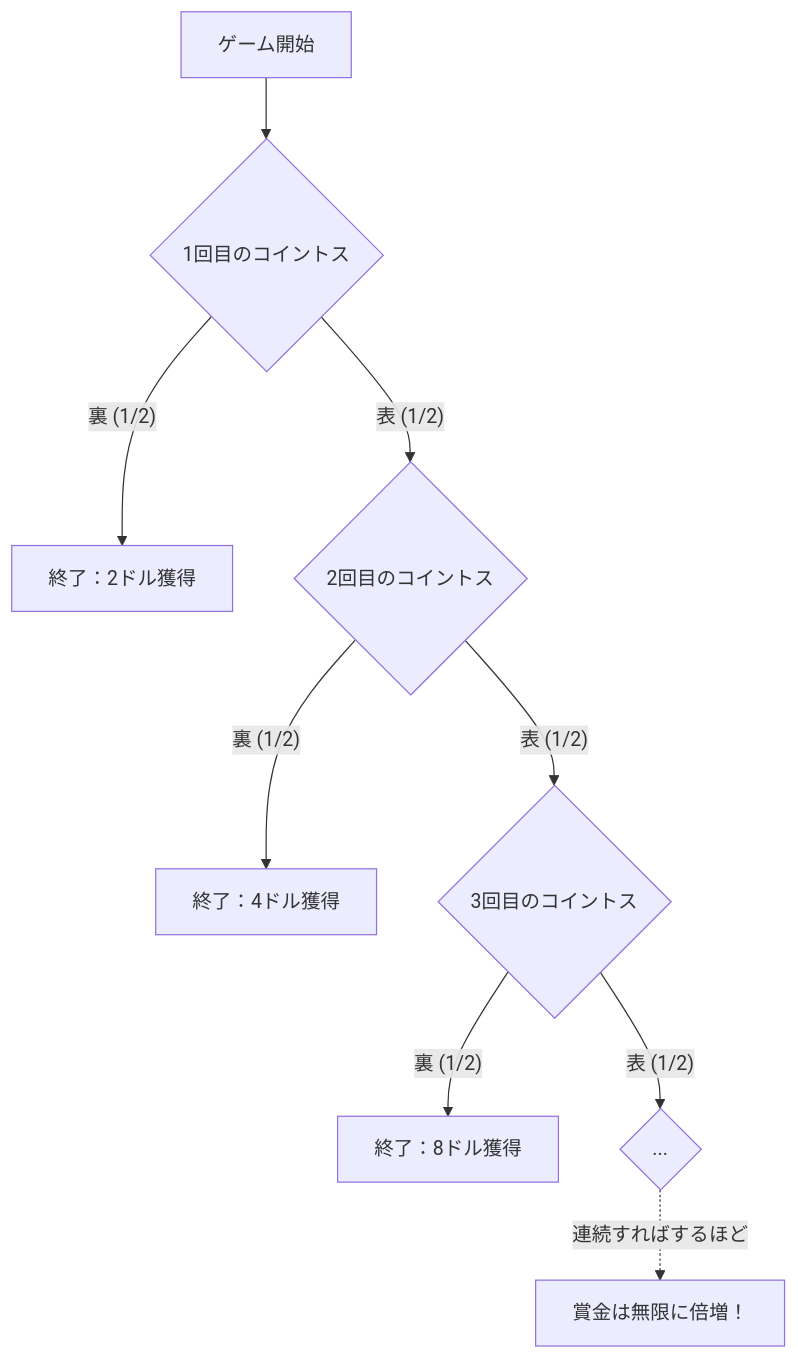
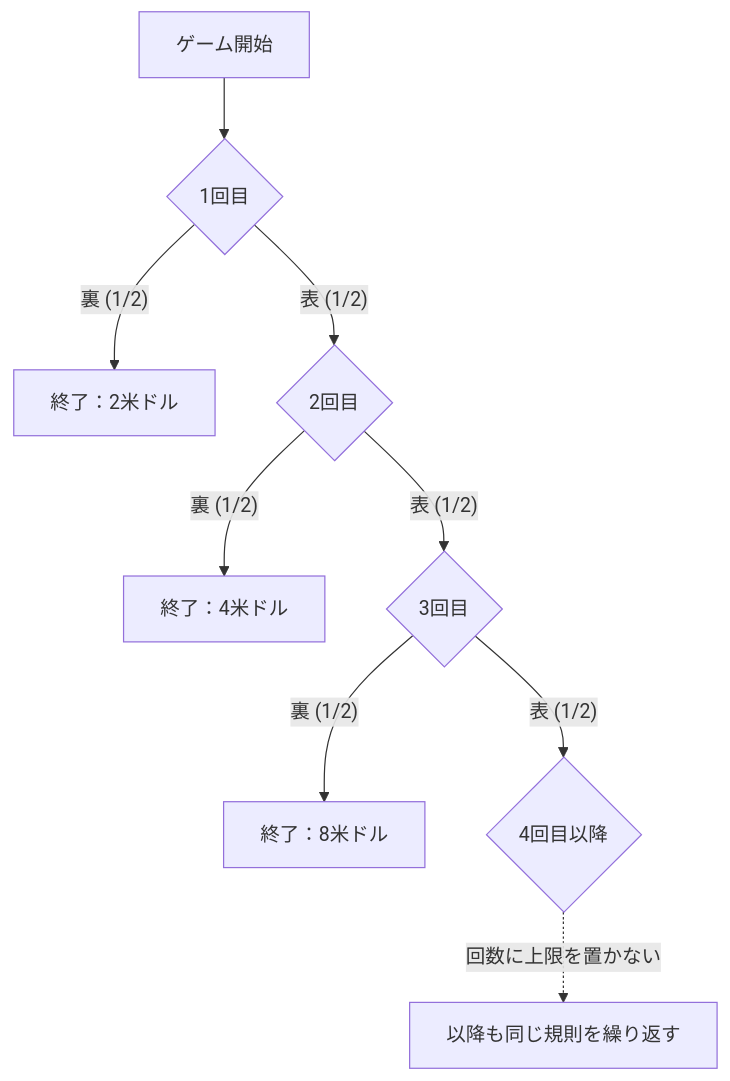
Before and after one commit to kenjinote/blog: the diagram in content/post/サンクトペテルブルクのパラドックス/index.md, drawn with Mermaid. The commit also changed other lines of this file and 10 other files, not shown here.

````diff
--- a/content/post/サンクトペテルブルクのパラドックス/index.md
+++ b/content/post/サンクトペテルブルクのパラドックス/index.md
@@ -33,15 +32,11 @@
 ```mermaid
 graph TD
-    Start["ゲーム開始"] --> Toss1{"1回目のコイントス"}
-    
-    Toss1 -->|"裏 (1/2)"| End1["終了：2ドル獲得"]
-    Toss1 -->|"表 (1/2)"| Toss2{"2回目のコイントス"}
-    
-    Toss2 -->|"裏 (1/2)"| End2["終了：4ドル獲得"]
-    Toss2 -->|"表 (1/2)"| Toss3{"3回目のコイントス"}
-    
-    Toss3 -->|"裏 (1/2)"| End3["終了：8ドル獲得"]
-    Toss3 -->|"表 (1/2)"| Toss4{"..."}
-    
-    Toss4 -.->|"連続すればするほど"| Infinite["賞金は無限に倍増！"]
+    Start["ゲーム開始"] --> Toss1{"1回目"}
+    Toss1 -->|"裏 (1/2)"| End1["終了：2米ドル"]
+    Toss1 -->|"表 (1/2)"| Toss2{"2回目"}
+    Toss2 -->|"裏 (1/2)"| End2["終了：4米ドル"]
+    Toss2 -->|"表 (1/2)"| Toss3{"3回目"}
+    Toss3 -->|"裏 (1/2)"| End3["終了：8米ドル"]
+    Toss3 -->|"表 (1/2)"| Toss4{"4回目以降"}
+    Toss4 -.->|"回数に上限を置かない"| Continue["以降も同じ規則を繰り返す"]
 ```
````
